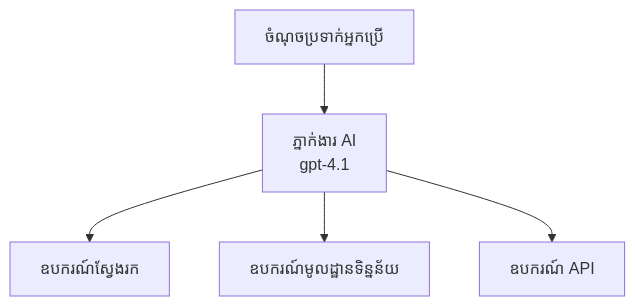
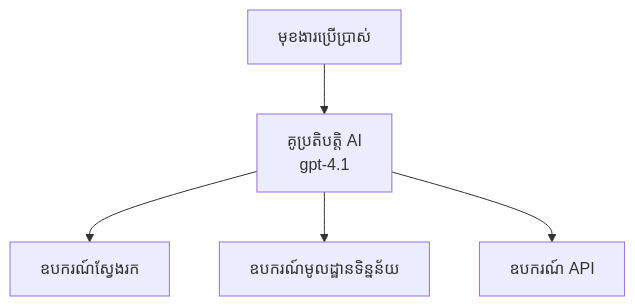
Before and after one commit to microsoft/AZD-for-beginners: the first of 3 diagrams in translations/km/docs/chapter-02-ai-development/agents.md, drawn with Mermaid. The commit also changed other lines of this file and 20 other files, not shown here.

````diff
--- a/translations/km/docs/chapter-02-ai-development/agents.md
+++ b/translations/km/docs/chapter-02-ai-development/agents.md
@@ -162,7 +162,7 @@
 ```mermaid
 graph TD
-    UI[ចំណុចប្រទាក់អ្នកប្រើ] --> Agent[ភ្នាក់ងារ AI<br/>gpt-4.1]
+    UI[មុខងារប្រើប្រាស់] --> Agent[គូប្រតិបត្តិ AI<br/>gpt-4.1]
     Agent --> Search[ឧបករណ៍ស្វែងរក]
     Agent --> Database[ឧបករណ៍មូលដ្ឋានទិន្នន័យ]
     Agent --> API[ឧបករណ៍ API]
 ```
````
